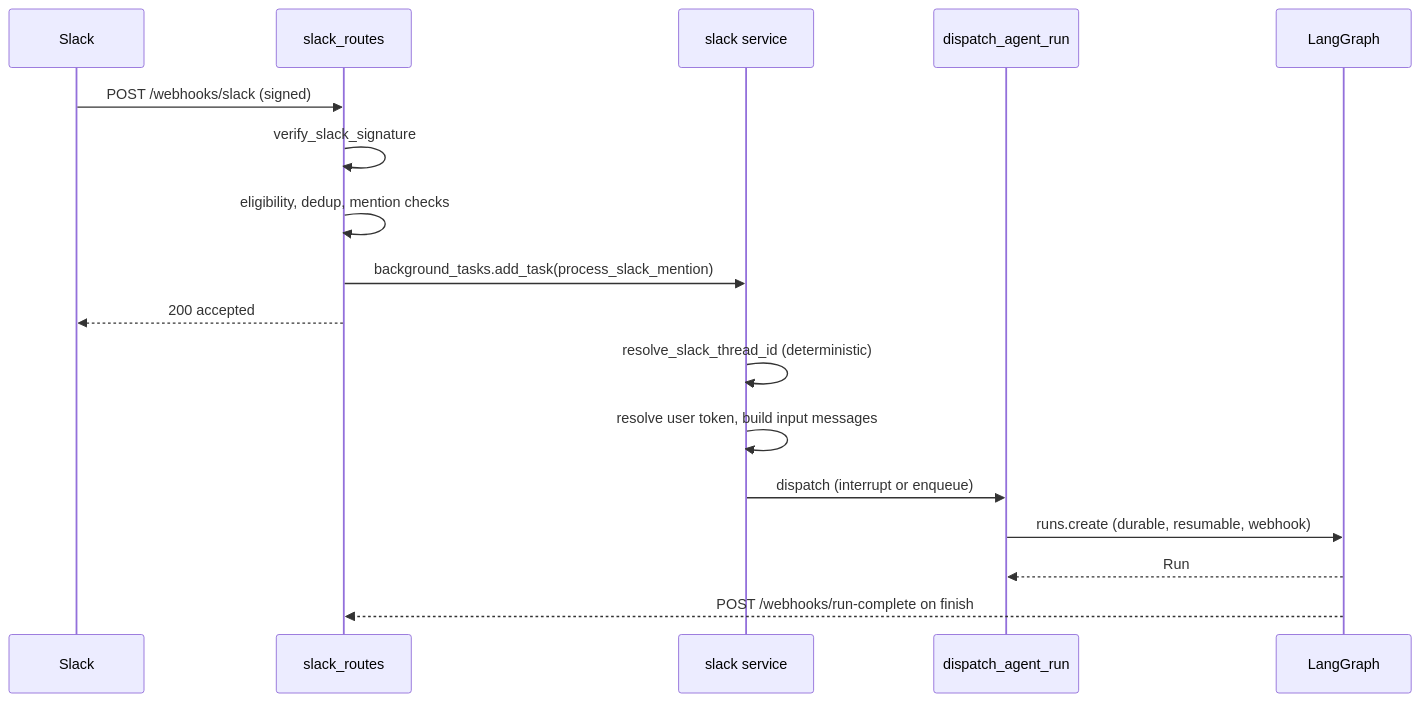
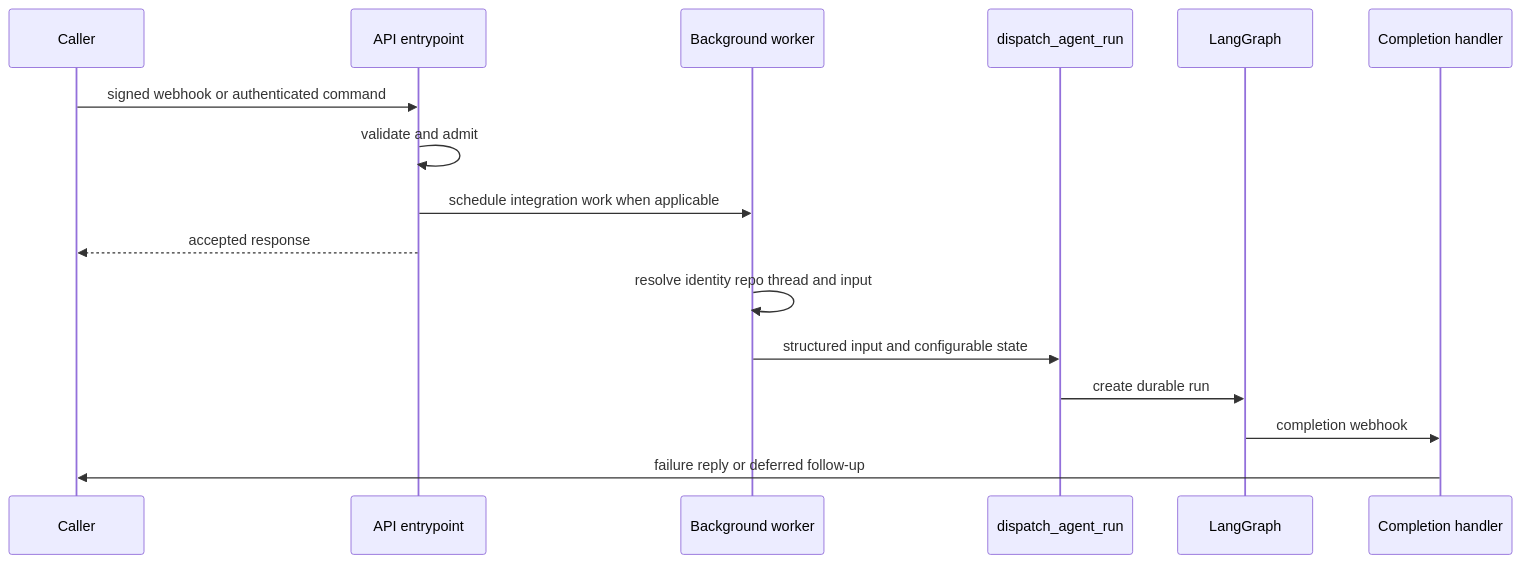
One commit to langchain-ai/open-swe changed the diagram in openwiki/workflows/invocation.md. Above: the diagram before and after it, drawn with Mermaid. The commit also changed other lines of this file and 52 other files, not shown here.

````diff
--- a/openwiki/workflows/invocation.md
+++ b/openwiki/workflows/invocation.md
@@ -73,20 +51,19 @@
 ```mermaid
 sequenceDiagram
-    participant Slack
-    participant Route as slack_routes
-    participant Svc as slack service
+    participant Caller
+    participant Entry as API entrypoint
+    participant Worker as Background worker
     participant Dispatch as dispatch_agent_run
     participant LG as LangGraph
+    participant Complete as Completion handler
 
-    Slack->>Route: POST /webhooks/slack (signed)
-    Route->>Route: verify_slack_signature
-    Route->>Route: eligibility, dedup, mention checks
-    Route->>Svc: background_tasks.add_task(process_slack_mention)
-    Route-->>Slack: 200 accepted
-    Svc->>Svc: resolve_slack_thread_id (deterministic)
-    Svc->>Svc: resolve user token, build input messages
-    Svc->>Dispatch: dispatch (interrupt or enqueue)
-    Dispatch->>LG: runs.create (durable, resumable, webhook)
-    LG-->>Dispatch: Run
-    LG-->>Route: POST /webhooks/run-complete on finish
+    Caller->>Entry: signed webhook or authenticated command
+    Entry->>Entry: validate and admit
+    Entry->>Worker: schedule integration work when applicable
+    Entry-->>Caller: accepted response
+    Worker->>Worker: resolve identity repo thread and input
+    Worker->>Dispatch: structured input and configurable state
+    Dispatch->>LG: create durable run
+    LG->>Complete: completion webhook
+    Complete->>Caller: failure reply or deferred follow-up
 ```
````
